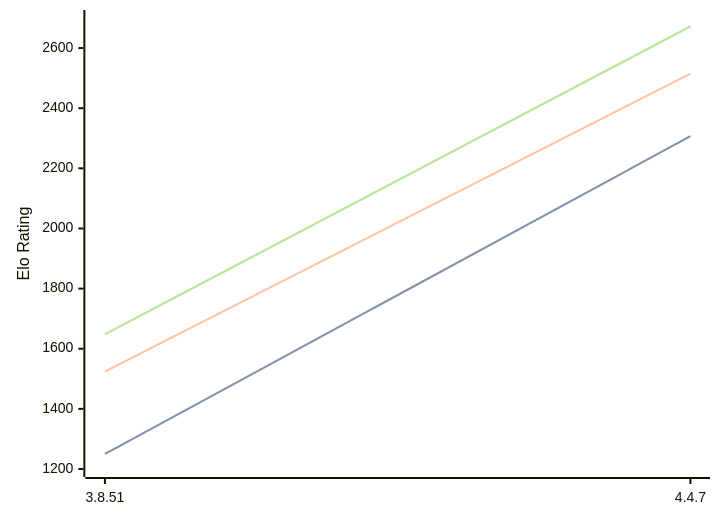
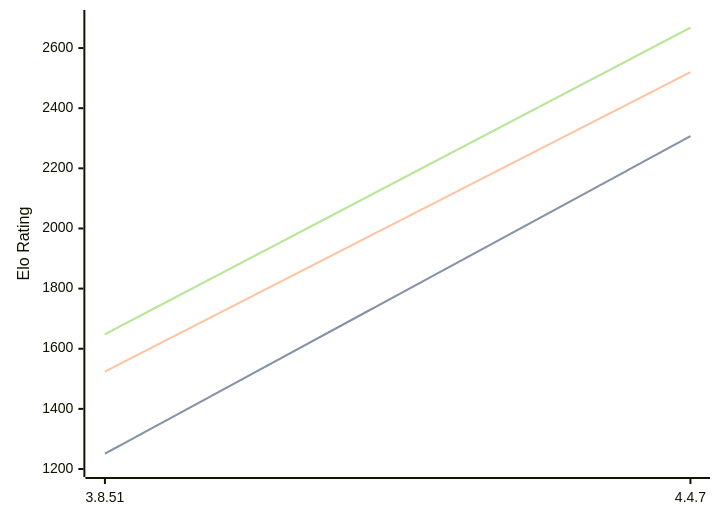
Before and after one commit to computer-chess-index/cci: the diagram in engines/Scoria.md, drawn with Mermaid. The commit also changed other lines of this file, not shown here.

Commit message:
Update CCI Ratings (ELO VLTC) - 2026-08-23

````diff
--- a/engines/Scoria.md
+++ b/engines/Scoria.md
@@ -32,11 +32,11 @@
 ```mermaid
 %%{init: {"theme":"base","themeVariables":{"seriesColors:['#a3a3a3','#222221','#faa371']}}}%%
 xychart-beta
   x-axis ["3.8.51", "4.4.7"]
   y-axis "Elo Rating" 1200 --> 2700
-  line "STC (8.0+0.08s)" [1250, 2307]
-  line "STC (8.0+0.08s)" [1250, 2307]
-  line "LTC (60.0+0.60s)" [1524, 2515]
-  line "VLTC (2m24s+1.12s)" [1648, 2672]
-  line "VLTC (2m24s+1.12s)" [1648, 2672]
+  line "STC (8.0+0.08s)" [1251, 2307]
+  line "STC (8.0+0.08s)" [1251, 2307]
+  line "LTC (60.0+0.60s)" [1524, 2520]
+  line "VLTC (2m24s+1.12s)" [1648, 2668]
+  line "VLTC (2m24s+1.12s)" [1648, 2668]
 ```
````
